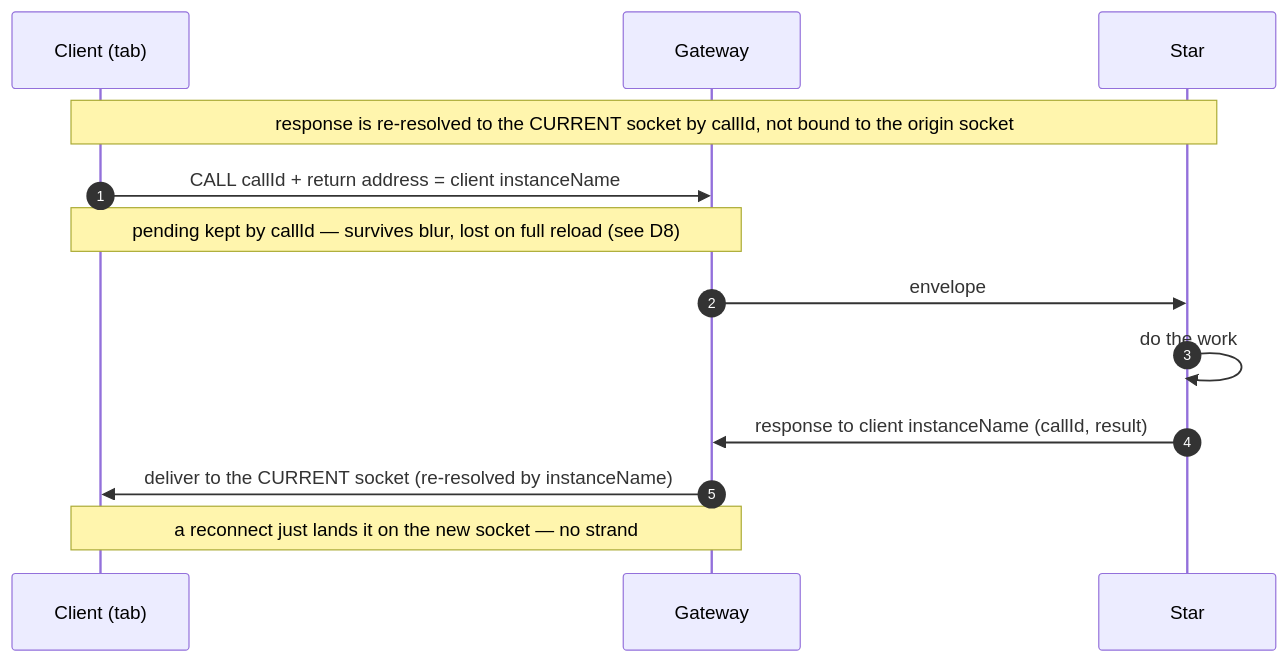
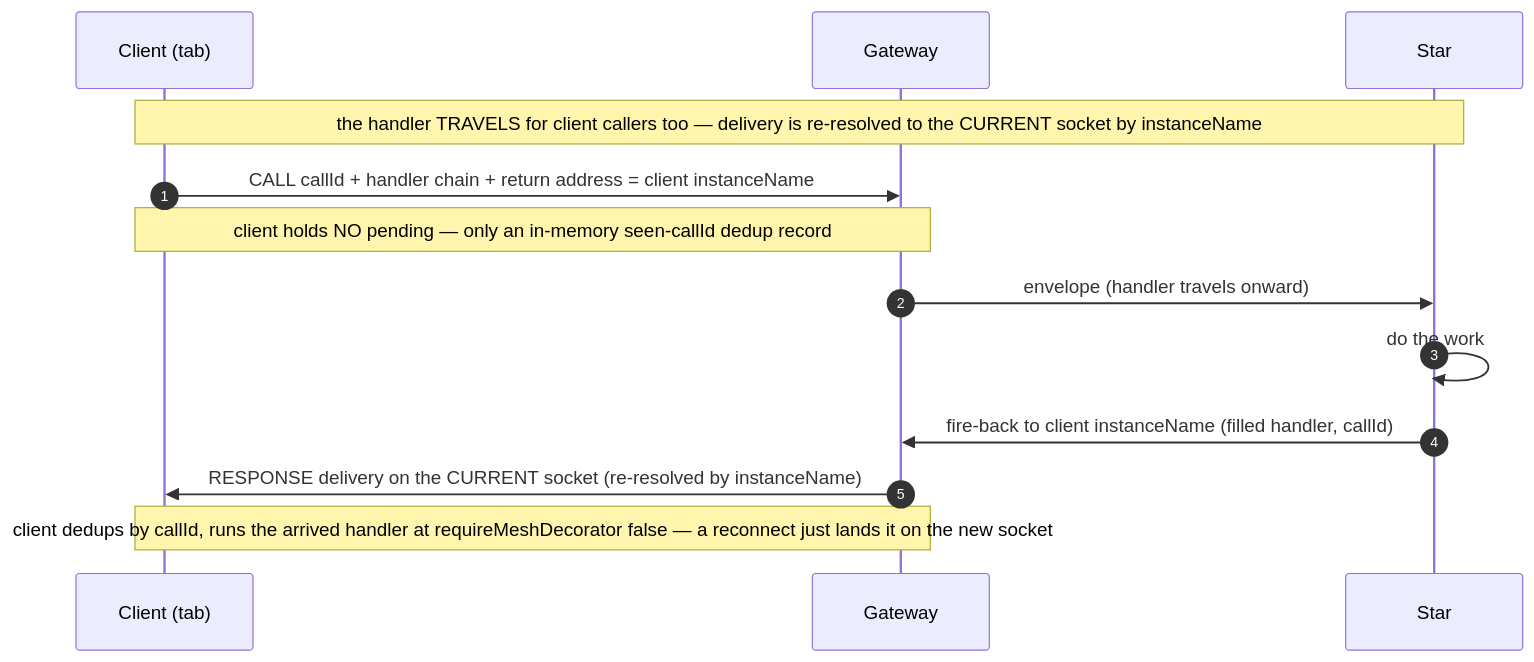
Before and after one commit to lumenize/lumenize: the third of 6 diagrams in tasks/mesh-continuation-only-calls.md, drawn with Mermaid. The commit also changed other lines of this file and 4 other files, not shown here.

````diff
--- a/tasks/mesh-continuation-only-calls.md
+++ b/tasks/mesh-continuation-only-calls.md
@@ -99,15 +108,15 @@
 ```mermaid
 sequenceDiagram
     autonumber
     participant C as Client (tab)
     participant G as Gateway
     participant S as Star
-    Note over C,S: response is re-resolved to the CURRENT socket by callId, not bound to the origin socket
-    C->>G: CALL callId + return address = client instanceName
-    Note over C,G: pending kept by callId — survives blur, lost on full reload (see D8)
-    G->>S: envelope
+    Note over C,S: the handler TRAVELS for client callers too — delivery is re-resolved to the CURRENT socket by instanceName
+    C->>G: CALL callId + handler chain + return address = client instanceName
+    Note over C,G: client holds NO pending — only an in-memory seen-callId dedup record
+    G->>S: envelope (handler travels onward)
     S->>S: do the work
-    S->>G: response to client instanceName (callId, result)
-    G->>C: deliver to the CURRENT socket (re-resolved by instanceName)
-    Note over C,G: a reconnect just lands it on the new socket — no strand
+    S->>G: fire-back to client instanceName (filled handler, callId)
+    G->>C: RESPONSE delivery on the CURRENT socket (re-resolved by instanceName)
+    Note over C,G: client dedups by callId, runs the arrived handler at requireMeshDecorator false — a reconnect just lands it on the new socket
 ```
````
